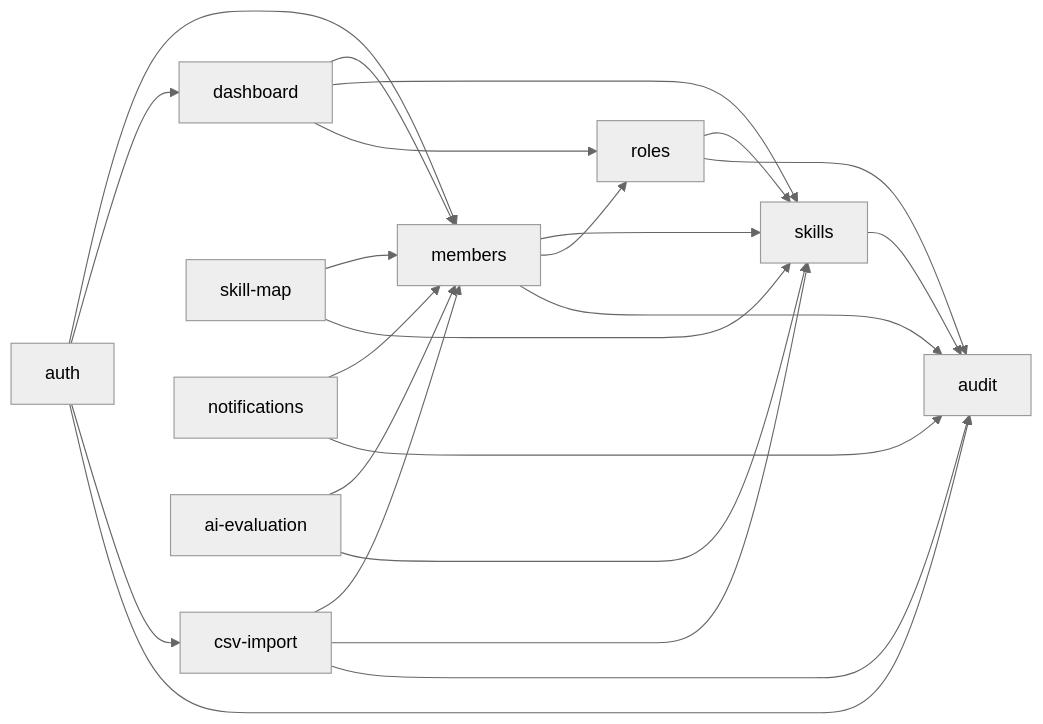
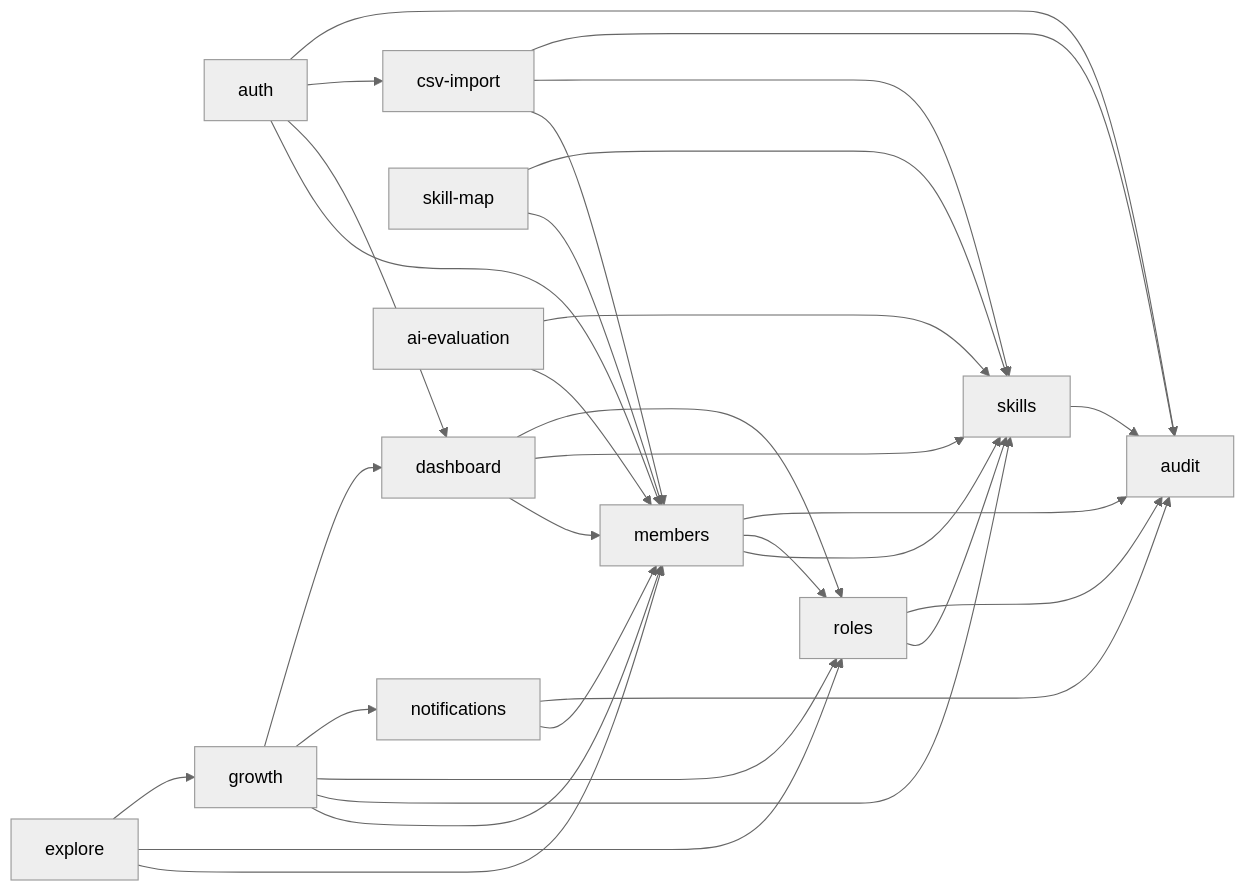
One commit to yoshiki-mizuho/Beijing-Talentmanegement changed the second of 2 diagrams in docs/DOMAIN_DESIGN.md. Above: the diagram before and after it, drawn with Mermaid (neutral theme). The commit also changed other lines of this file and 61 other files, not shown here.

````diff
--- a/docs/DOMAIN_DESIGN.md
+++ b/docs/DOMAIN_DESIGN.md
@@ -198,27 +196,36 @@
 ```mermaid
 flowchart LR
   auth[auth] --> members[members]
   auth --> dashboard[dashboard]
   auth --> csv[csv-import]
   auth --> audit[audit]
 
   members --> skills[skills]
   members --> roles[roles]
   roles --> skills
   skillmap[skill-map] --> members
   skillmap --> skills
   dashboard --> members
   dashboard --> skills
   dashboard --> roles
   csv --> members
   csv --> skills
   csv --> audit
   notifications[notifications] --> members
   notifications --> audit
   members --> audit
   skills --> audit
   roles --> audit
 
   ai[ai-evaluation] --> members
   ai --> skills
+
+  growth[growth] --> members
+  growth --> skills
+  growth --> roles
+  growth --> notifications
+  growth --> dashboard
+  explore[explore] --> members
+  explore --> roles
+  explore --> growth
 ```
````
